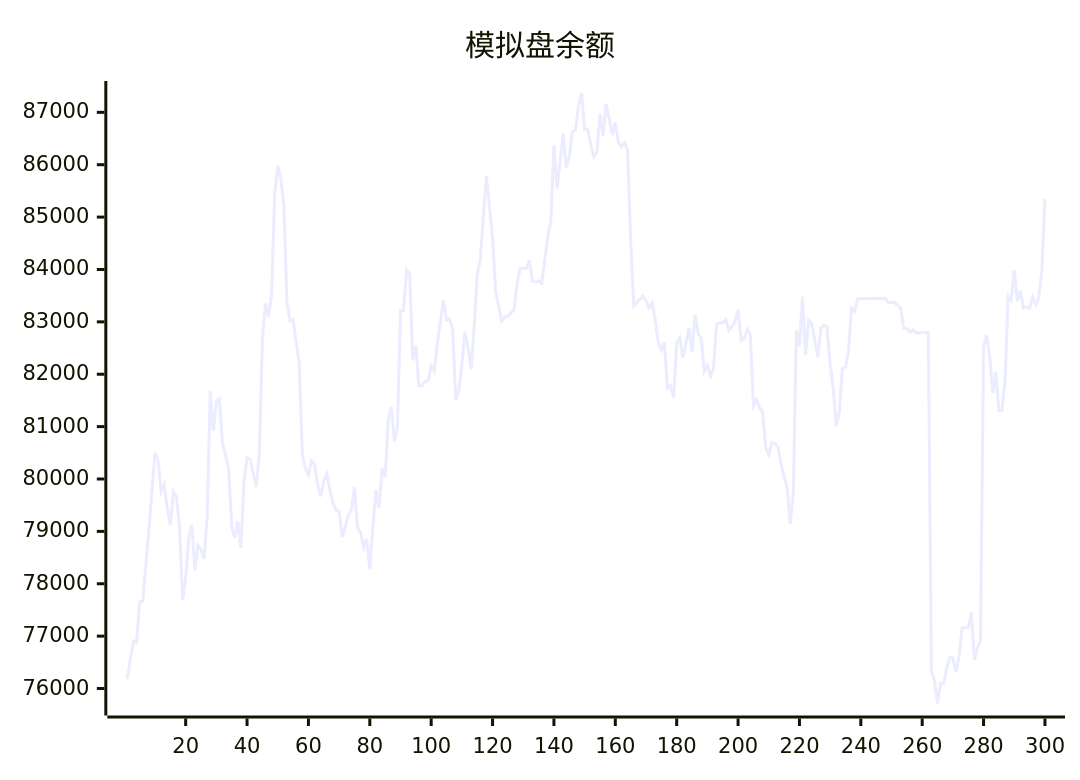
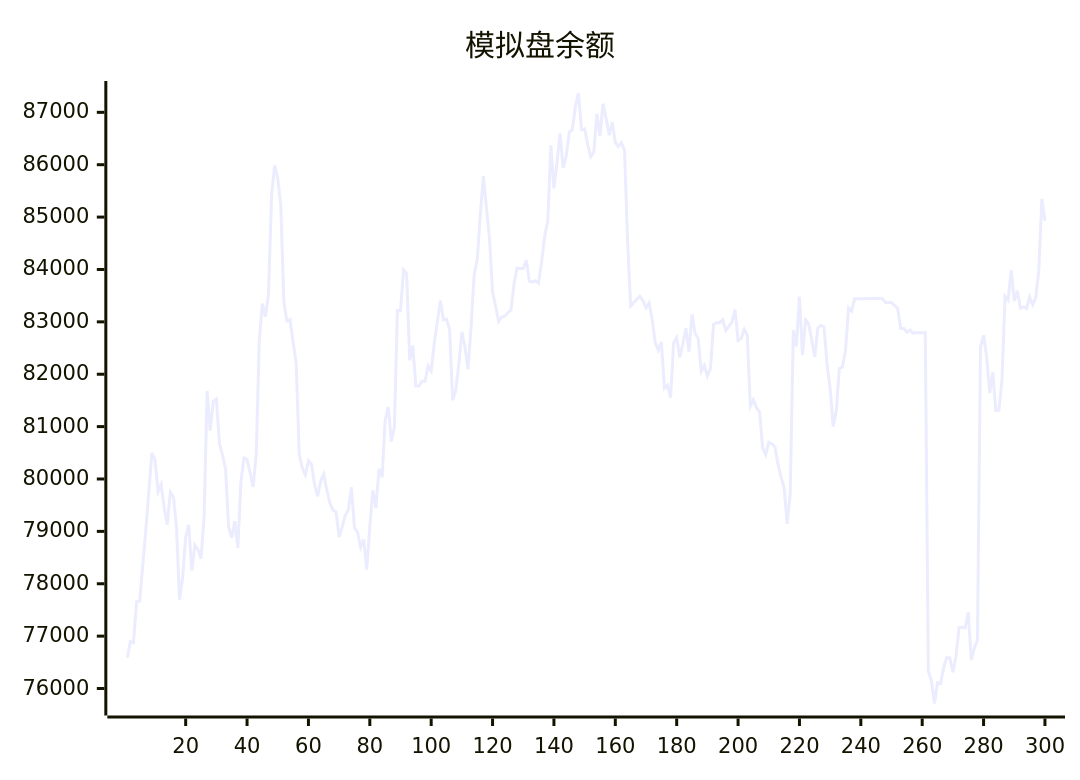
The diagram in README.md (aahl/ai-trading), drawn with Mermaid before and after one commit. The commit also changed other lines of this file and 1 other file, not shown here.

````diff
--- a/README.md
+++ b/README.md
@@ -5,5 +5,5 @@
 ```mermaid
 xychart
     title "模拟盘余额"
-    line [76179,76586,76902,76876,77658,77669,78346,79023,79769,80497,80366,79761,79896,79448,79126,79749,79658,79097,77695,78114,78888,79126,78249,78738,78653,78478,79271,81680,80923,81488,81527,80681,80455,80190,79084,78879,79193,78686,79954,80403,80374,80118,79848,80491,82665,83351,83098,83525,85430,85983,85737,85221,83378,83014,83043,82613,82216,80477,80208,80081,80348,80277,79894,79670,79965,80093,79786,79542,79406,79371,78893,79087,79304,79406,79841,79072,78978,78696,78846,78272,79085,79787,79442,80198,80031,81120,81379,80718,80985,83214,83212,83993,83921,82270,82547,81776,81776,81866,81866,82158,82061,82596,83000,83408,83041,83050,82858,81503,81691,82188,82812,82517,82092,82901,83898,84180,85030,85781,85178,84604,83569,83298,83008,83093,83107,83175,83228,83729,84025,84017,84019,84177,83775,83762,83785,83738,84160,84639,84939,86370,85548,86046,86599,85942,86161,86622,86664,87115,87369,86666,86685,86384,86152,86243,86969,86548,87164,86885,86566,86809,86427,86348,86417,86273,84538,83299,83369,83430,83490,83404,83270,83362,83056,82605,82459,82614,81734,81788,81551,82598,82702,82320,82580,82878,82426,83139,82778,82686,82056,82166,81963,82110,82951,82983,82984,83038,82838,82915,82998,83235,82642,82682,82858,82746,81396,81512,81362,81277,80600,80461,80699,80673,80616,80288,80038,79836,79142,79722,82837,82533,83480,82366,83032,82960,82654,82330,82883,82934,82901,82188,81728,81005,81298,82110,82135,82449,83264,83203,83440,83439,83440,83440,83446,83447,83448,83447,83448,83449,83369,83369,83369,83313,83256,82872,82873,82801,82844,82785,82791,82791,82793,82794,76339,76145,75714,76110,76096,76397,76594,76585,76310,76607,77160,77170,77160,77456,76541,76774,76927,82520,82744,82337,81639,82040,81307,81314,81887,83490,83414,83984,83396,83594,83261,83287,83253,83470,83327,83465,83987,85348]
+    line [76586,76902,76876,77658,77669,78346,79023,79769,80497,80366,79761,79896,79448,79126,79749,79658,79097,77695,78114,78888,79126,78249,78738,78653,78478,79271,81680,80923,81488,81527,80681,80455,80190,79084,78879,79193,78686,79954,80403,80374,80118,79848,80491,82665,83351,83098,83525,85430,85983,85737,85221,83378,83014,83043,82613,82216,80477,80208,80081,80348,80277,79894,79670,79965,80093,79786,79542,79406,79371,78893,79087,79304,79406,79841,79072,78978,78696,78846,78272,79085,79787,79442,80198,80031,81120,81379,80718,80985,83214,83212,83993,83921,82270,82547,81776,81776,81866,81866,82158,82061,82596,83000,83408,83041,83050,82858,81503,81691,82188,82812,82517,82092,82901,83898,84180,85030,85781,85178,84604,83569,83298,83008,83093,83107,83175,83228,83729,84025,84017,84019,84177,83775,83762,83785,83738,84160,84639,84939,86370,85548,86046,86599,85942,86161,86622,86664,87115,87369,86666,86685,86384,86152,86243,86969,86548,87164,86885,86566,86809,86427,86348,86417,86273,84538,83299,83369,83430,83490,83404,83270,83362,83056,82605,82459,82614,81734,81788,81551,82598,82702,82320,82580,82878,82426,83139,82778,82686,82056,82166,81963,82110,82951,82983,82984,83038,82838,82915,82998,83235,82642,82682,82858,82746,81396,81512,81362,81277,80600,80461,80699,80673,80616,80288,80038,79836,79142,79722,82837,82533,83480,82366,83032,82960,82654,82330,82883,82934,82901,82188,81728,81005,81298,82110,82135,82449,83264,83203,83440,83439,83440,83440,83446,83447,83448,83447,83448,83449,83369,83369,83369,83313,83256,82872,82873,82801,82844,82785,82791,82791,82793,82794,76339,76145,75714,76110,76096,76397,76594,76585,76310,76607,77160,77170,77160,77456,76541,76774,76927,82520,82744,82337,81639,82040,81307,81314,81887,83490,83414,83984,83396,83594,83261,83287,83253,83470,83327,83465,83987,85348,84930]
 ```
````
